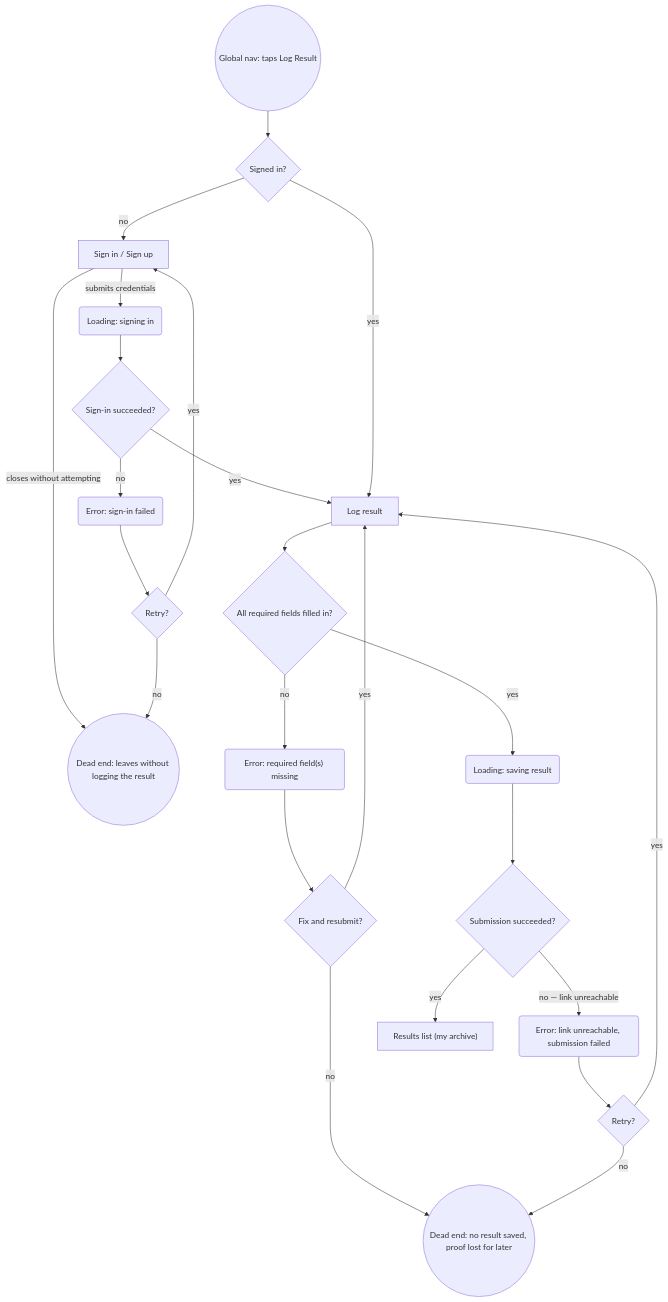
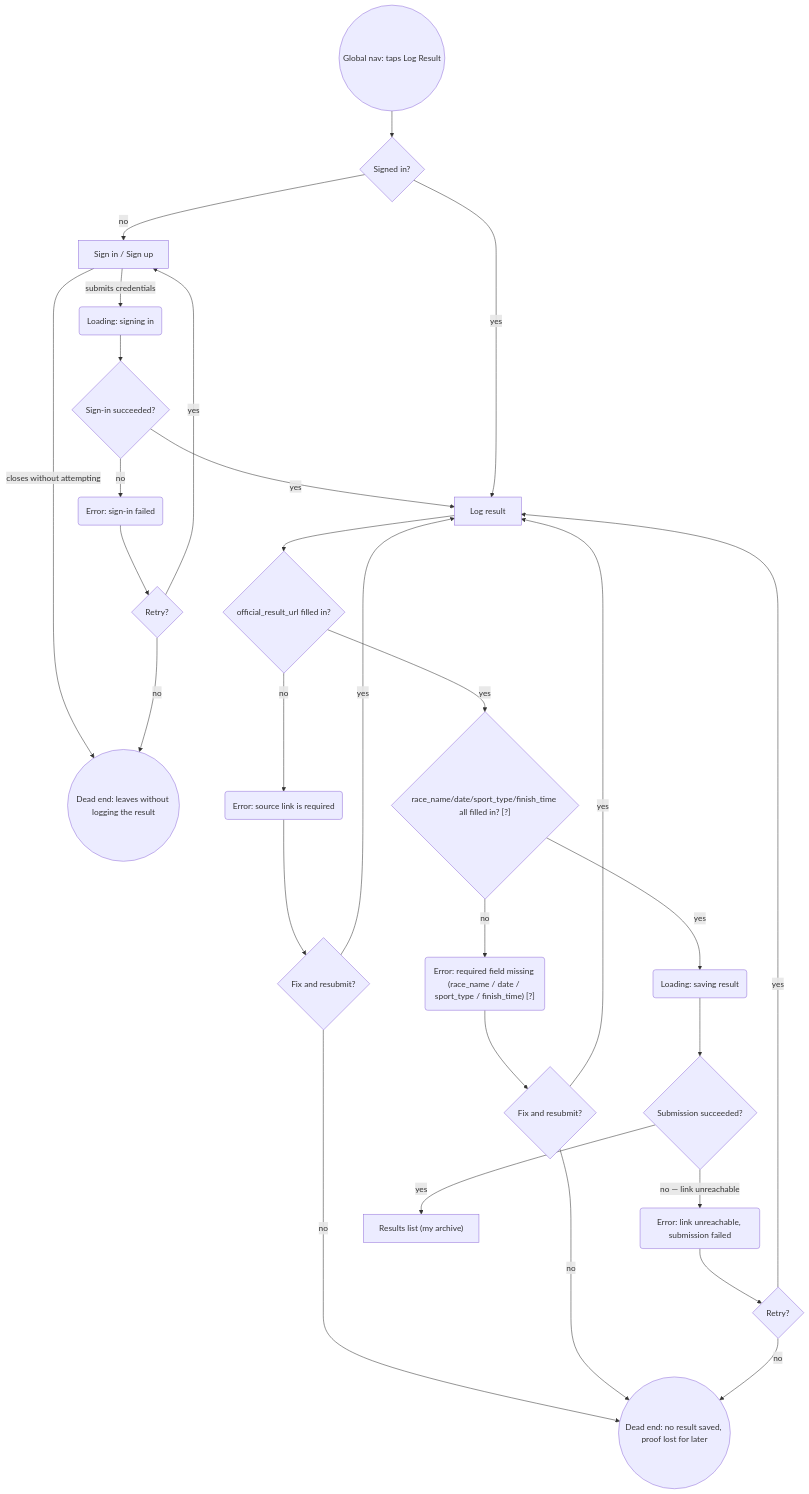
One commit to JuliaMakedonska/Onrace changed the second of 3 diagrams in flows.md. Above: the diagram before and after it, drawn with Mermaid. The commit also changed other lines of this file and 1 other file, not shown here.

````diff
--- a/flows.md
+++ b/flows.md
@@ -99,26 +111,31 @@
 ```mermaid
 flowchart TD
     Start2(("Global nav: taps Log Result")) --> AuthCheck{"Signed in?"}
     AuthCheck -->|"no"| SignIn["Sign in / Sign up"]
     SignIn -->|"submits credentials"| SigningIn("Loading: signing in")
     SignIn -->|"closes without attempting"| DeadEnd2
     SigningIn --> AuthResult{"Sign-in succeeded?"}
     AuthResult -->|"no"| AuthError("Error: sign-in failed")
     AuthError --> AuthRetry{"Retry?"}
     AuthRetry -->|"yes"| SignIn
     AuthRetry -->|"no"| DeadEnd2(("Dead end: leaves without logging the result"))
     AuthResult -->|"yes"| LogForm["Log result"]
     AuthCheck -->|"yes"| LogForm
-    LogForm --> HasRequired{"All required fields filled in?"}
-    HasRequired -->|"no"| ValidationError("Error: required field(s) missing")
+    LogForm --> HasLink{"official_result_url filled in?"}
+    HasLink -->|"no"| ValidationError("Error: source link is required")
     ValidationError --> ValidationRetry{"Fix and resubmit?"}
     ValidationRetry -->|"yes"| LogForm
     ValidationRetry -->|"no"| DeadEnd3(("Dead end: no result saved, proof lost for later"))
-    HasRequired -->|"yes"| Submitting("Loading: saving result")
+    HasLink -->|"yes"| HasOtherRequired{"race_name/date/sport_type/finish_time all filled in? [?]"}
+    HasOtherRequired -->|"no"| OtherFieldError("Error: required field missing (race_name / date / sport_type / finish_time) [?]")
+    OtherFieldError --> OtherFieldRetry{"Fix and resubmit?"}
+    OtherFieldRetry -->|"yes"| LogForm
+    OtherFieldRetry -->|"no"| DeadEnd3
+    HasOtherRequired -->|"yes"| Submitting("Loading: saving result")
     Submitting --> SubmitOK{"Submission succeeded?"}
     SubmitOK -->|"no — link unreachable"| SubmitError("Error: link unreachable, submission failed")
     SubmitError --> SubmitRetry{"Retry?"}
     SubmitRetry -->|"yes"| LogForm
     SubmitRetry -->|"no"| DeadEnd3
     SubmitOK -->|"yes"| ResultsList["Results list (my archive)"]
 ```
````
